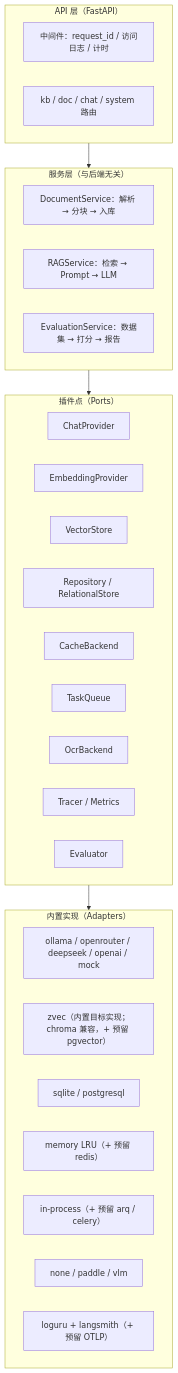
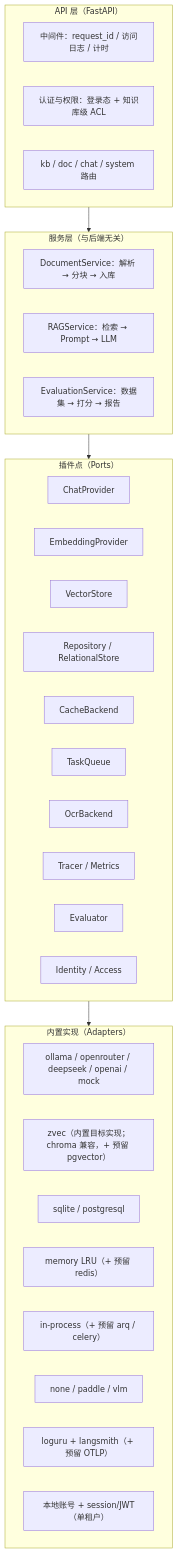
The diagram in docs/DEVELOPMENT_PLAN.md (jackieismpc/inner-rag), drawn with Mermaid before and after one commit. The commit also changed other lines of this file and 4 other files, not shown here.

````diff
--- a/docs/DEVELOPMENT_PLAN.md
+++ b/docs/DEVELOPMENT_PLAN.md
@@ -71,33 +80,36 @@
 ```mermaid
 flowchart TB
     subgraph API["API 层（FastAPI）"]
         MW["中间件：request_id / 访问日志 / 计时"]
+        AUTH["认证与权限：登录态 + 知识库级 ACL"]
         R1["kb / doc / chat / system 路由"]
     end
     subgraph SVC["服务层（与后端无关）"]
         DOCS["DocumentService：解析 → 分块 → 入库"]
         RAGS["RAGService：检索 → Prompt → LLM"]
         EVAL["EvaluationService：数据集 → 打分 → 报告"]
     end
     subgraph PORTS["插件点（Ports）"]
         P1["ChatProvider"]
         P2["EmbeddingProvider"]
         P3["VectorStore"]
         P4["Repository / RelationalStore"]
         P5["CacheBackend"]
         P6["TaskQueue"]
         P7["OcrBackend"]
         P8["Tracer / Metrics"]
         P9["Evaluator"]
+        P10["Identity / Access"]
     end
     subgraph IMPL["内置实现（Adapters）"]
         A1["ollama / openrouter / deepseek / openai / mock"]
         A2["zvec（内置目标实现；chroma 兼容，+ 预留 pgvector）"]
         A3["sqlite / postgresql"]
         A4["memory LRU（+ 预留 redis）"]
         A5["in-process（+ 预留 arq / celery）"]
         A6["none / paddle / vlm"]
         A7["loguru + langsmith（+ 预留 OTLP）"]
+        A8["本地账号 + session/JWT（单租户）"]
     end
     API --> SVC --> PORTS --> IMPL
 ```
````
